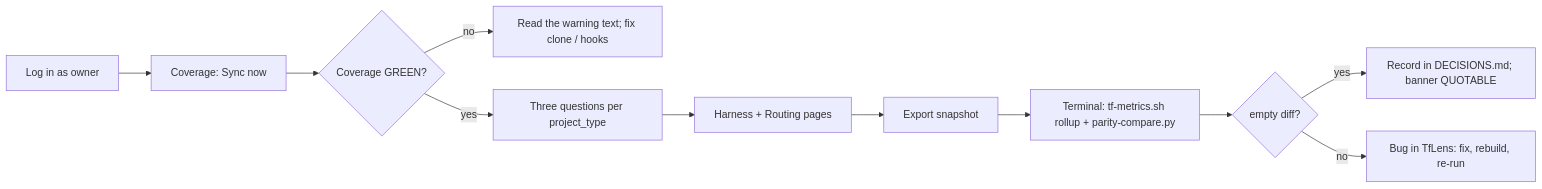
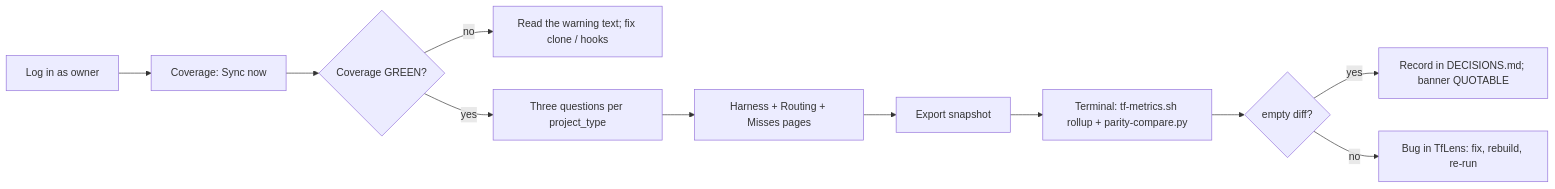
The diagram in docs/TfLens-UsageGuide.md (techierathore/TfLens), drawn with Mermaid before and after one commit. The commit also changed other lines of this file and 332 other files, not shown here.

````diff
--- a/docs/TfLens-UsageGuide.md
+++ b/docs/TfLens-UsageGuide.md
@@ -27,13 +42,13 @@
 ```mermaid
 flowchart LR
   A["Log in as owner"] --> B["Coverage: Sync now"]
   B --> C{"Coverage GREEN?"}
   C -->|"no"| D["Read the warning text; fix clone / hooks"]
   C -->|"yes"| E["Three questions per project_type"]
-  E --> F["Harness + Routing pages"]
+  E --> F["Harness + Routing + Misses pages"]
   F --> G["Export snapshot"]
   G --> H["Terminal: tf-metrics.sh rollup + parity-compare.py"]
   H --> I{"empty diff?"}
   I -->|"yes"| J["Record in DECISIONS.md; banner QUOTABLE"]
   I -->|"no"| K["Bug in TfLens: fix, rebuild, re-run"]
 ```
````
